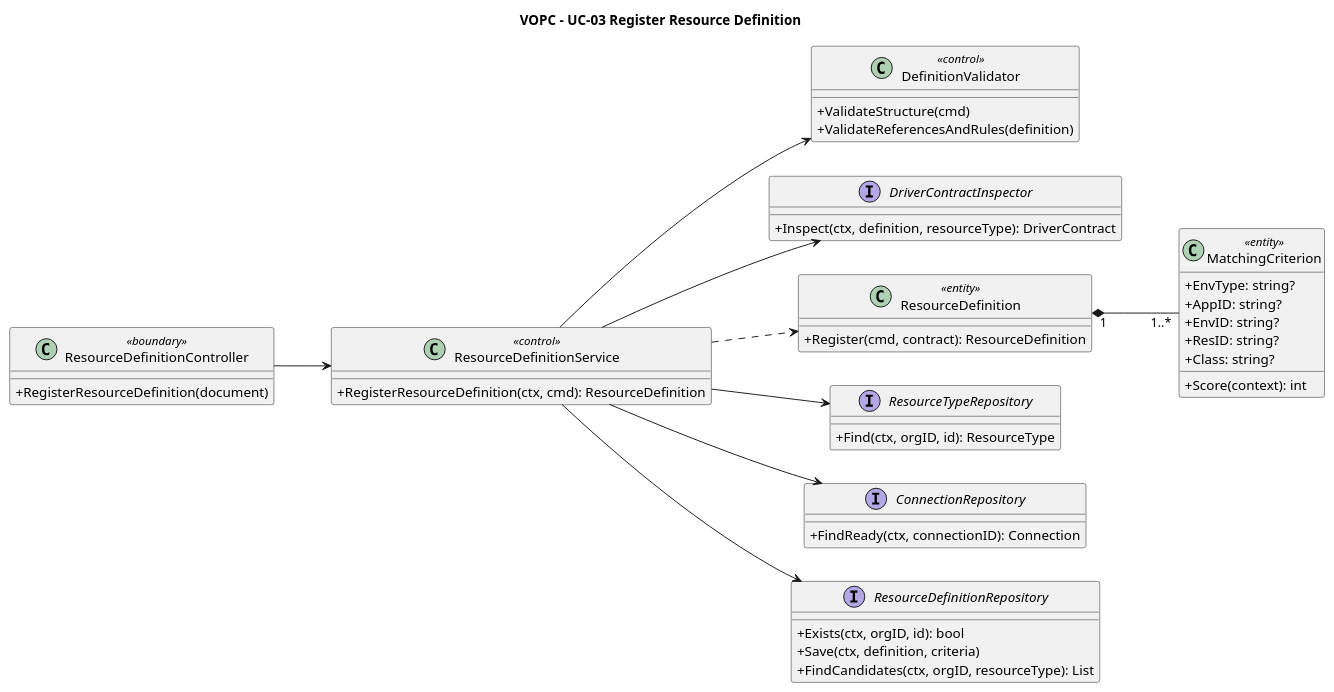
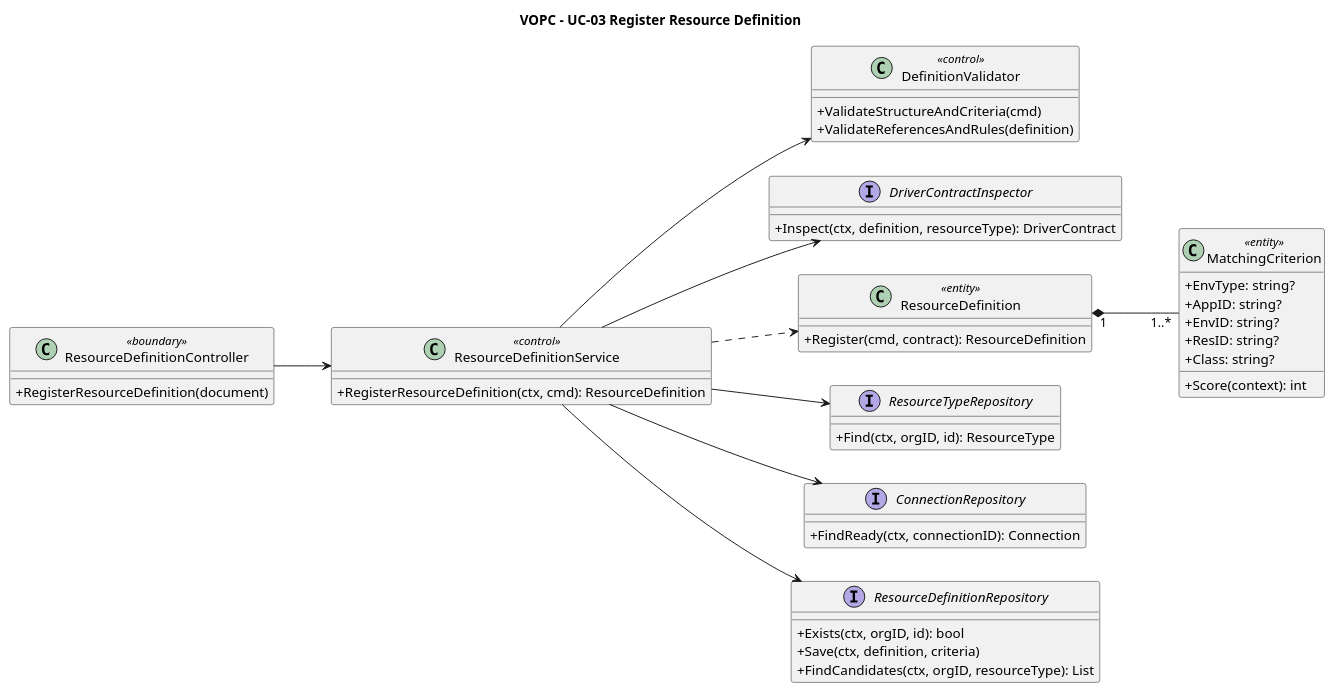
Before and after one commit to pr3s3nt/poc: the diagram in orchestrator_docs/usecase/UC-03/vopc.puml, drawn with PlantUML. The commit also changed 63 other files, not shown here.

```diff
--- a/orchestrator_docs/usecase/UC-03/vopc.puml
+++ b/orchestrator_docs/usecase/UC-03/vopc.puml
@@ -1,48 +1,48 @@
 @startuml
 title VOPC - UC-03 Register Resource Definition
 left to right direction
 skinparam classAttributeIconSize 0
 class ResourceDefinitionController <<boundary>> {
   +RegisterResourceDefinition(document)
 }
 class ResourceDefinitionService <<control>> {
   +RegisterResourceDefinition(ctx, cmd): ResourceDefinition
 }
 class DefinitionValidator <<control>> {
-  +ValidateStructure(cmd)
+  +ValidateStructureAndCriteria(cmd)
   +ValidateReferencesAndRules(definition)
 }
 interface DriverContractInspector {
   +Inspect(ctx, definition, resourceType): DriverContract
 }
 class ResourceDefinition <<entity>> {
   +Register(cmd, contract): ResourceDefinition
 }
 class MatchingCriterion <<entity>> {
   +EnvType: string?
   +AppID: string?
   +EnvID: string?
   +ResID: string?
   +Class: string?
   +Score(context): int
 }
 interface ResourceTypeRepository {
   +Find(ctx, orgID, id): ResourceType
 }
 interface ConnectionRepository {
   +FindReady(ctx, connectionID): Connection
 }
 interface ResourceDefinitionRepository {
   +Exists(ctx, orgID, id): bool
   +Save(ctx, definition, criteria)
   +FindCandidates(ctx, orgID, resourceType): List
 }
 ResourceDefinitionController --> ResourceDefinitionService
 ResourceDefinitionService --> DefinitionValidator
 ResourceDefinitionService --> DriverContractInspector
 ResourceDefinitionService --> ResourceTypeRepository
 ResourceDefinitionService --> ConnectionRepository
 ResourceDefinitionService --> ResourceDefinitionRepository
 ResourceDefinitionService ..> ResourceDefinition
 ResourceDefinition "1" *-- "1..*" MatchingCriterion
 @enduml
```
